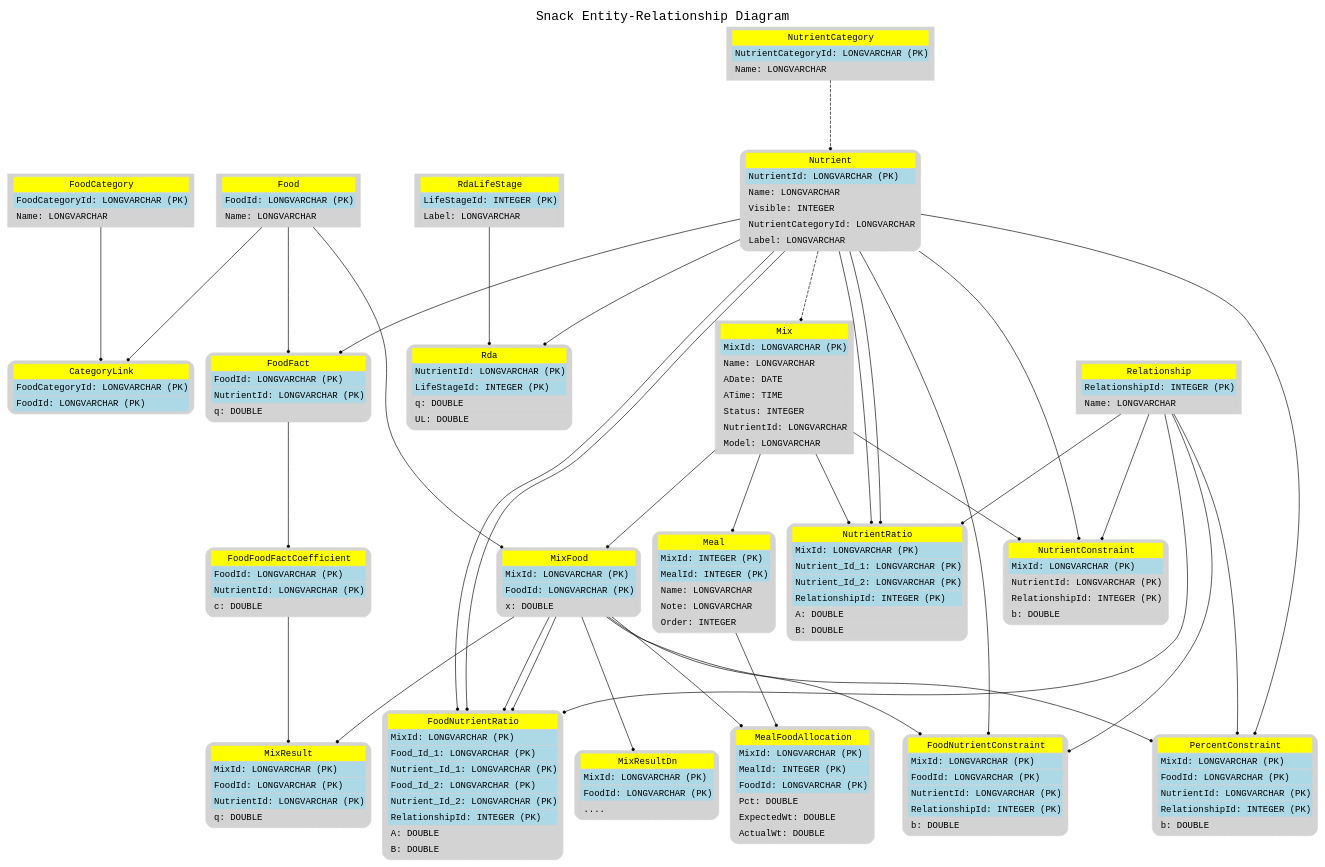
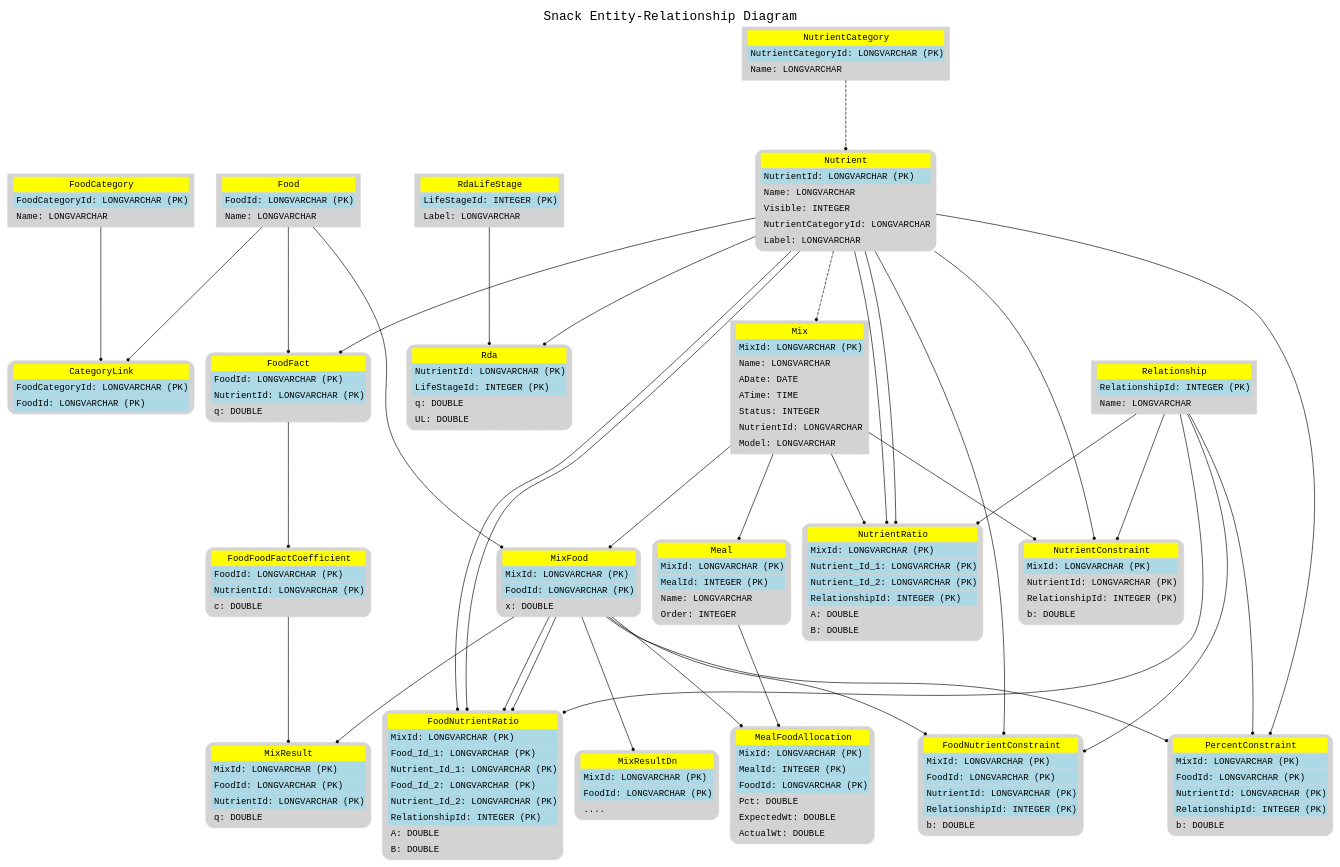
One commit to xjrga/snack changed the diagram in data/sql/other/erd.gv. Above: the diagram before and after it, drawn with Graphviz. The commit also changed 31 other files, not shown here.

```diff
--- a/data/sql/other/erd.gv
+++ b/data/sql/other/erd.gv
@@ -181,10 +181,9 @@
     Meal [shape=Mrecord, label=<
         <table border="0" cellborder="1" cellspacing="0" cellpadding="4">
             <tr><td bgcolor="yellow">Meal</td></tr>
-            <tr><td bgcolor="lightblue" align="left">MixId: INTEGER (PK)</td></tr>
+            <tr><td bgcolor="lightblue" align="left">MixId: LONGVARCHAR (PK)</td></tr>
             <tr><td bgcolor="lightblue" align="left">MealId: INTEGER (PK)</td></tr>
             <tr><td align="left">Name: LONGVARCHAR</td></tr>
-            <tr><td align="left">Note: LONGVARCHAR</td></tr>
             <tr><td align="left">Order: INTEGER</td></tr>
         </table>
     >]
```
